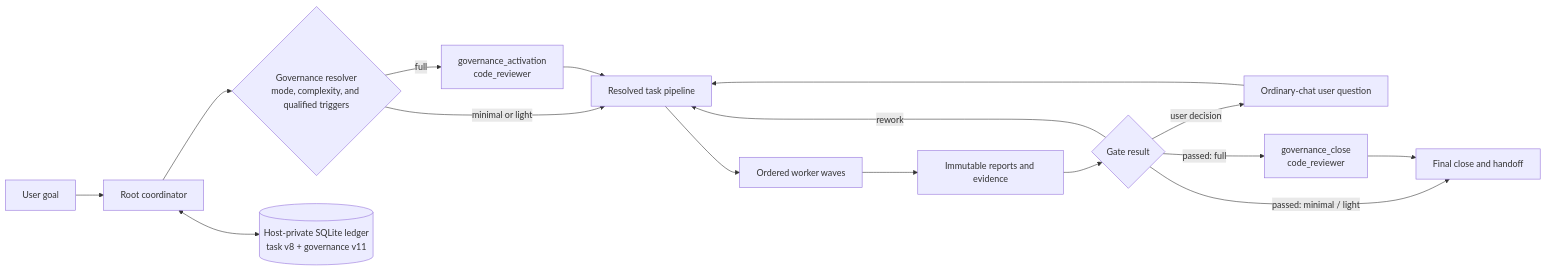
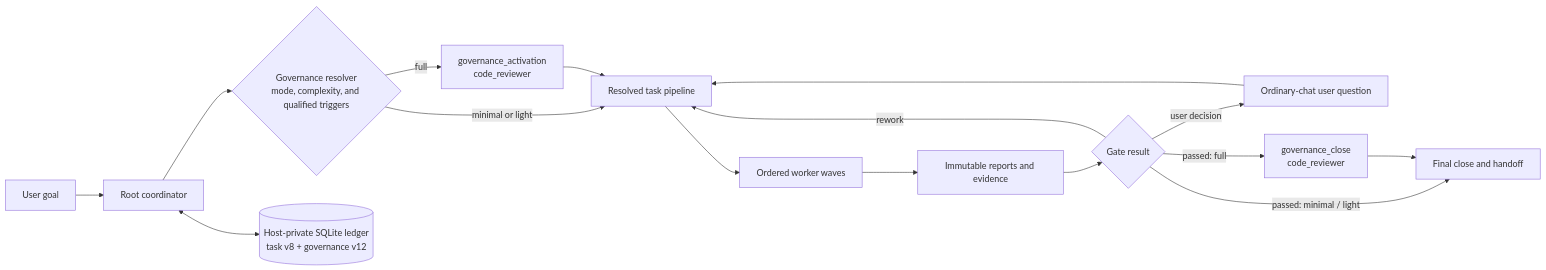
The diagram in README.md (igovet/codex-cortex-orchestrator), drawn with Mermaid before and after one commit. The commit also changed other lines of this file and 11 other files, not shown here.

````diff
--- a/README.md
+++ b/README.md
@@ -583,21 +583,21 @@
 ```mermaid
 flowchart LR
     U["User goal"] --> R["Root coordinator"]
     R --> M{"Governance resolver<br/>mode, complexity, and qualified triggers"}
 
     M -- "minimal or light" --> P["Resolved task pipeline"]
     M -- "full" --> GA["governance_activation<br/>code_reviewer"]
     GA --> P
 
     P --> W["Ordered worker waves"]
     W --> B["Immutable reports and evidence"]
     B --> G{"Gate result"}
     G -- "rework" --> P
     G -- "user decision" --> Q["Ordinary-chat user question"]
     Q --> P
     G -- "passed: minimal / light" --> C["Final close and handoff"]
     G -- "passed: full" --> GC["governance_close<br/>code_reviewer"]
     GC --> C
 
-    R <--> L[("Host-private SQLite ledger<br/>task v8 + governance v11")]
+    R <--> L[("Host-private SQLite ledger<br/>task v8 + governance v12")]
 ```
````
